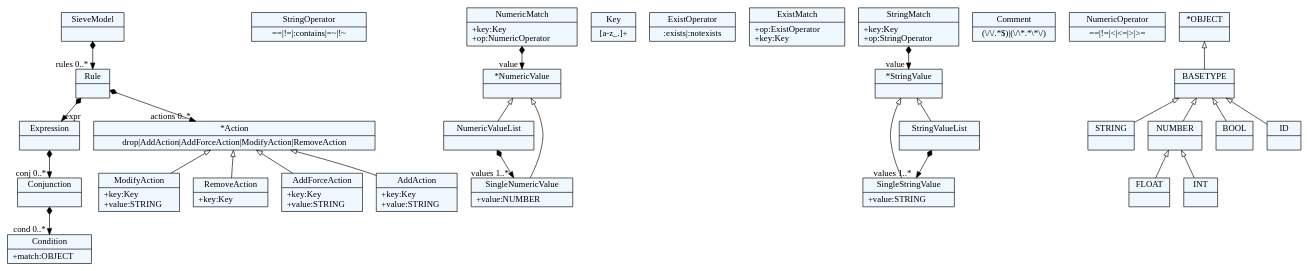
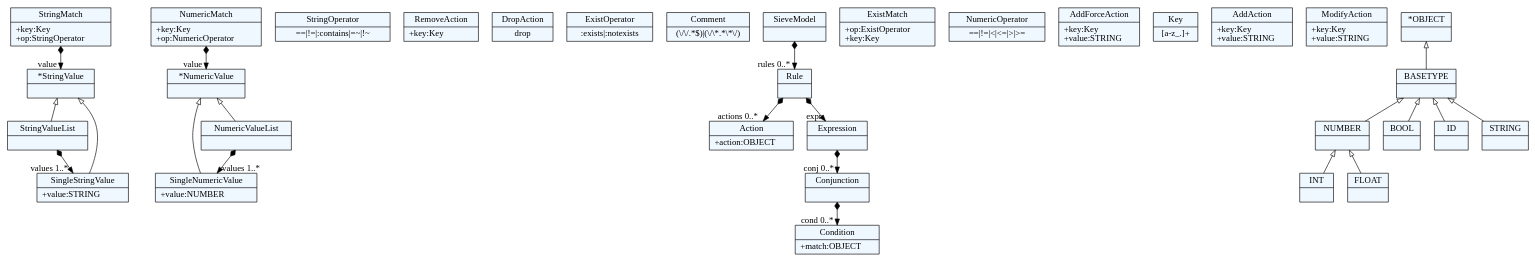
One commit to antoinet/intelmq changed the diagram in intelmq/bots/experts/sieve/sieve.tx.dot. Above: the diagram before and after it, drawn with Graphviz. The commit also changed 5 other files, not shown here.

```diff
--- a/intelmq/bots/experts/sieve/sieve.tx.dot
+++ b/intelmq/bots/experts/sieve/sieve.tx.dot
@@ -1,103 +1,101 @@
 
     digraph xtext {
     fontname = "Bitstream Vera Sans"
     fontsize = 8
     node[
         shape=record,
         style=filled,
         fillcolor=aliceblue
     ]
     nodesep = 0.3
     edge[dir=black,arrowtail=empty]
 
 
-140730825263032[ label="{ModifyAction|+key:Key\l+value:STRING\l}"]
+140712151252312 -> 140712151249688[arrowtail=diamond, dir=both, headlabel="values 1..*"]
+140712151252312[ label="{StringValueList|}"]
 
-140730825184120 -> 140730825185048[arrowtail=diamond, dir=both, headlabel="rules 0..*"]
-140730825184120[ label="{SieveModel|}"]
+140712151228504 -> 140712151256728[arrowtail=diamond, dir=both, headlabel="value "]
+140712151228504[ label="{NumericMatch|+key:Key\l+op:NumericOperator\l}"]
 
-140730825266808[ label="{RemoveAction|+key:Key\l}"]
+140712151224504[ label="{StringOperator|==\|!=\|:contains\|=~\|!~}"]
 
-140730825188152 -> 140730825193272[arrowtail=diamond, dir=both, headlabel="conj 0..*"]
-140730825188152[ label="{Expression|}"]
+140712151286936[ label="{RemoveAction|+key:Key\l}"]
 
-140730825208184[ label="{StringOperator|==\|!=\|:contains\|=~\|!~}"]
+140712151272728[ label="{DropAction|drop}"]
 
-140730825212184 -> 140730825240408[arrowtail=diamond, dir=both, headlabel="value "]
-140730825212184[ label="{NumericMatch|+key:Key\l+op:NumericOperator\l}"]
+140712151241400[ label="{ExistOperator|:exists\|:notexists}"]
 
-140730825228120[ label="{Key|[a-z_.]+}"]
+140712151290456[ label="{Comment|(\\/\\/.*$)\|(\\/\\*.*\\*\\/)}"]
 
-140730825198552[ label="{Condition|+match:OBJECT\l}"]
+140712151266648[ label="{Action|+action:OBJECT\l}"]
 
-140730825225080[ label="{ExistOperator|:exists\|:notexists}"]
+140712151237336[ label="{ExistMatch|+op:ExistOperator\l+key:Key\l}"]
 
-140730825221016[ label="{ExistMatch|+op:ExistOperator\l+key:Key\l}"]
+140712151233080[ label="{NumericOperator|==\|!=\|\<\|\<=\|\>\|\>=}"]
 
-140730825246104 -> 140730825242488[arrowtail=diamond, dir=both, headlabel="values 1..*"]
-140730825246104[ label="{NumericValueList|}"]
+140712151256728[ label="{*NumericValue|}"]
+140712151256728 -> 140712151258808 [dir=back]
+140712151256728 -> 140712151262424 [dir=back]
 
-140730825231512[ label="{*StringValue|}"]
-140730825231512 -> 140730825233368 [dir=back]
-140730825231512 -> 140730825235992 [dir=back]
+140712151204472 -> 140712151209592[arrowtail=diamond, dir=both, headlabel="conj 0..*"]
+140712151204472[ label="{Expression|}"]
 
-140730825185048 -> 140730825188152[arrowtail=diamond, dir=both, headlabel="expr "]
-140730825185048 -> 140730825250328[arrowtail=diamond, dir=both, headlabel="actions 0..*"]
-140730825185048[ label="{Rule|}"]
+140712151201528 -> 140712151204472[arrowtail=diamond, dir=both, headlabel="expr "]
+140712151201528 -> 140712151266648[arrowtail=diamond, dir=both, headlabel="actions 0..*"]
+140712151201528[ label="{Rule|}"]
 
-140730825258456[ label="{AddForceAction|+key:Key\l+value:STRING\l}"]
+140712151262424 -> 140712151258808[arrowtail=diamond, dir=both, headlabel="values 1..*"]
+140712151262424[ label="{NumericValueList|}"]
 
-140730825254200[ label="{AddAction|+key:Key\l+value:STRING\l}"]
+140712151258808[ label="{SingleNumericValue|+value:NUMBER\l}"]
 
-140730825242488[ label="{SingleNumericValue|+value:NUMBER\l}"]
+140712151209592 -> 140712151214872[arrowtail=diamond, dir=both, headlabel="cond 0..*"]
+140712151209592[ label="{Conjunction|}"]
 
-140730825240408[ label="{*NumericValue|}"]
-140730825240408 -> 140730825242488 [dir=back]
-140730825240408 -> 140730825246104 [dir=back]
+140712151278808[ label="{AddForceAction|+key:Key\l+value:STRING\l}"]
 
-140730825250328[ label="{*Action|drop\|AddAction\|AddForceAction\|ModifyAction\|RemoveAction}"]
-140730825250328 -> 140730825254200 [dir=back]
-140730825250328 -> 140730825258456 [dir=back]
-140730825250328 -> 140730825263032 [dir=back]
-140730825250328 -> 140730825266808 [dir=back]
+140712151244440[ label="{Key|[a-z_.]+}"]
 
-140730825204440 -> 140730825231512[arrowtail=diamond, dir=both, headlabel="value "]
-140730825204440[ label="{StringMatch|+key:Key\l+op:StringOperator\l}"]
+140712151247832[ label="{*StringValue|}"]
+140712151247832 -> 140712151249688 [dir=back]
+140712151247832 -> 140712151252312 [dir=back]
 
-140730825233368[ label="{SingleStringValue|+value:STRING\l}"]
+140712151200600 -> 140712151201528[arrowtail=diamond, dir=both, headlabel="rules 0..*"]
+140712151200600[ label="{SieveModel|}"]
 
-140730825270328[ label="{Comment|(\\/\\/.*$)\|(\\/\\*.*\\*\\/)}"]
+140712151249688[ label="{SingleStringValue|+value:STRING\l}"]
 
-140730825216760[ label="{NumericOperator|==\|!=\|\<\|\<=\|\>\|\>=}"]
+140712151274776[ label="{AddAction|+key:Key\l+value:STRING\l}"]
 
-140730825235992 -> 140730825233368[arrowtail=diamond, dir=both, headlabel="values 1..*"]
-140730825235992[ label="{StringValueList|}"]
+140712151220760 -> 140712151247832[arrowtail=diamond, dir=both, headlabel="value "]
+140712151220760[ label="{StringMatch|+key:Key\l+op:StringOperator\l}"]
 
-140730825193272 -> 140730825198552[arrowtail=diamond, dir=both, headlabel="cond 0..*"]
-140730825193272[ label="{Conjunction|}"]
+140712151282360[ label="{ModifyAction|+key:Key\l+value:STRING\l}"]
 
-140730824855528[ label="{STRING|}"]
+140712151214872[ label="{Condition|+match:OBJECT\l}"]
 
-140730824943272[ label="{NUMBER|}"]
-140730824943272 -> 140730824941480 [dir=back]
-140730824943272 -> 140730824939688 [dir=back]
+140712150967992[ label="{INT|}"]
 
-140730824945448[ label="{BASETYPE|}"]
-140730824945448 -> 140730824943272 [dir=back]
-140730824945448 -> 140730824937896 [dir=back]
-140730824945448 -> 140730824854600 [dir=back]
-140730824945448 -> 140730824855528 [dir=back]
+140712150973752[ label="{BASETYPE|}"]
+140712150973752 -> 140712150971576 [dir=back]
+140712150973752 -> 140712150966200 [dir=back]
+140712150973752 -> 140712150962392 [dir=back]
+140712150973752 -> 140712150964408 [dir=back]
 
-140730824941480[ label="{FLOAT|}"]
+140712150969784[ label="{FLOAT|}"]
 
-140730824937896[ label="{BOOL|}"]
+140712150971576[ label="{NUMBER|}"]
+140712150971576 -> 140712150969784 [dir=back]
+140712150971576 -> 140712150967992 [dir=back]
 
-140730824939688[ label="{INT|}"]
+140712150964408[ label="{STRING|}"]
 
-140730824854600[ label="{ID|}"]
+140712150962392[ label="{ID|}"]
 
-140730824947240[ label="{*OBJECT|}"]
-140730824947240 -> 140730824945448 [dir=back]
+140712150966200[ label="{BOOL|}"]
+
+140712150975544[ label="{*OBJECT|}"]
+140712150975544 -> 140712150973752 [dir=back]
 
 
 }
```
